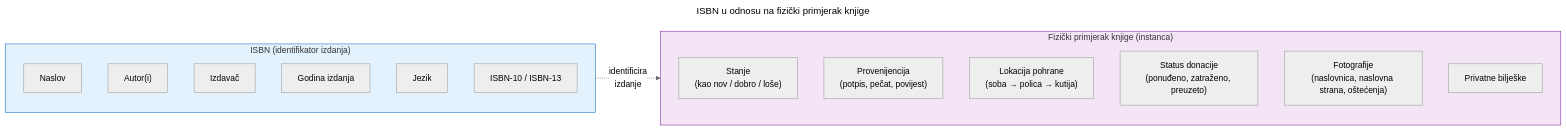
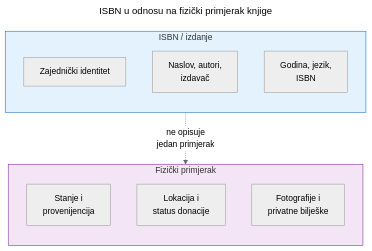
Before and after one commit to mihafreenode/let-books: the diagram in docs/diagrams/blog/isbn-not-a-database/hr/isbn-vs-physical-book.mmd, drawn with Mermaid (neutral theme). The commit also changed 430 other files, not shown here.

```diff
--- a/docs/diagrams/blog/isbn-not-a-database/hr/isbn-vs-physical-book.mmd
+++ b/docs/diagrams/blog/isbn-not-a-database/hr/isbn-vs-physical-book.mmd
@@ -1,28 +1,22 @@
 ---
 title: ISBN u odnosu na fizički primjerak knjige
 ---
-flowchart LR
-    subgraph ISBN["ISBN (identifikator izdanja)"]
+flowchart TB
+    subgraph ISBN["ISBN / izdanje"]
         direction TB
-        I1["Naslov"]
-        I2["Autor(i)"]
-        I3["Izdavač"]
-        I4["Godina izdanja"]
-        I5["Jezik"]
-        I6["ISBN-10 / ISBN-13"]
+        I1["Zajednički identitet"]
+        I2["Naslov, autori,<br/>izdavač"]
+        I3["Godina, jezik,<br/>ISBN"]
     end
 
-    subgraph Physical["Fizički primjerak knjige (instanca)"]
+    subgraph Physical["Fizički primjerak"]
         direction TB
-        P1["Stanje<br/>(kao nov / dobro / loše)"]
-        P2["Provenijencija<br/>(potpis, pečat, povijest)"]
-        P3["Lokacija pohrane<br/>(soba → polica → kutija)"]
-        P4["Status donacije<br/>(ponuđeno, zatraženo, preuzeto)"]
-        P5["Fotografije<br/>(naslovnica, naslovna strana, oštećenja)"]
-        P6["Privatne bilješke"]
+        P1["Stanje i<br/>provenijencija"]
+        P2["Lokacija i<br/>status donacije"]
+        P3["Fotografije i<br/>privatne bilješke"]
     end
 
-    ISBN -.->|"identificira<br/>izdanje"| Physical
+    I3 -.->|"ne opisuje<br/>jedan primjerak"| P1
 
     style ISBN fill:#e3f2fd,stroke:#1565c0
     style Physical fill:#f3e5f5,stroke:#7b1fa2
```
